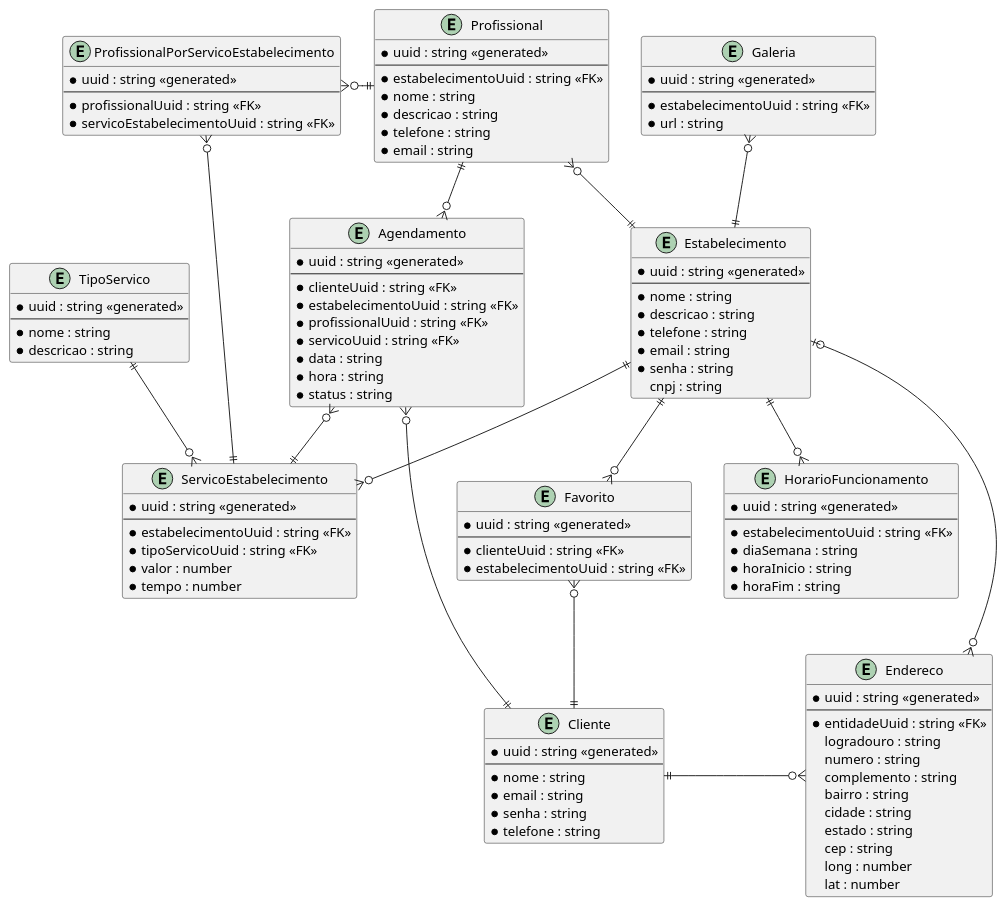
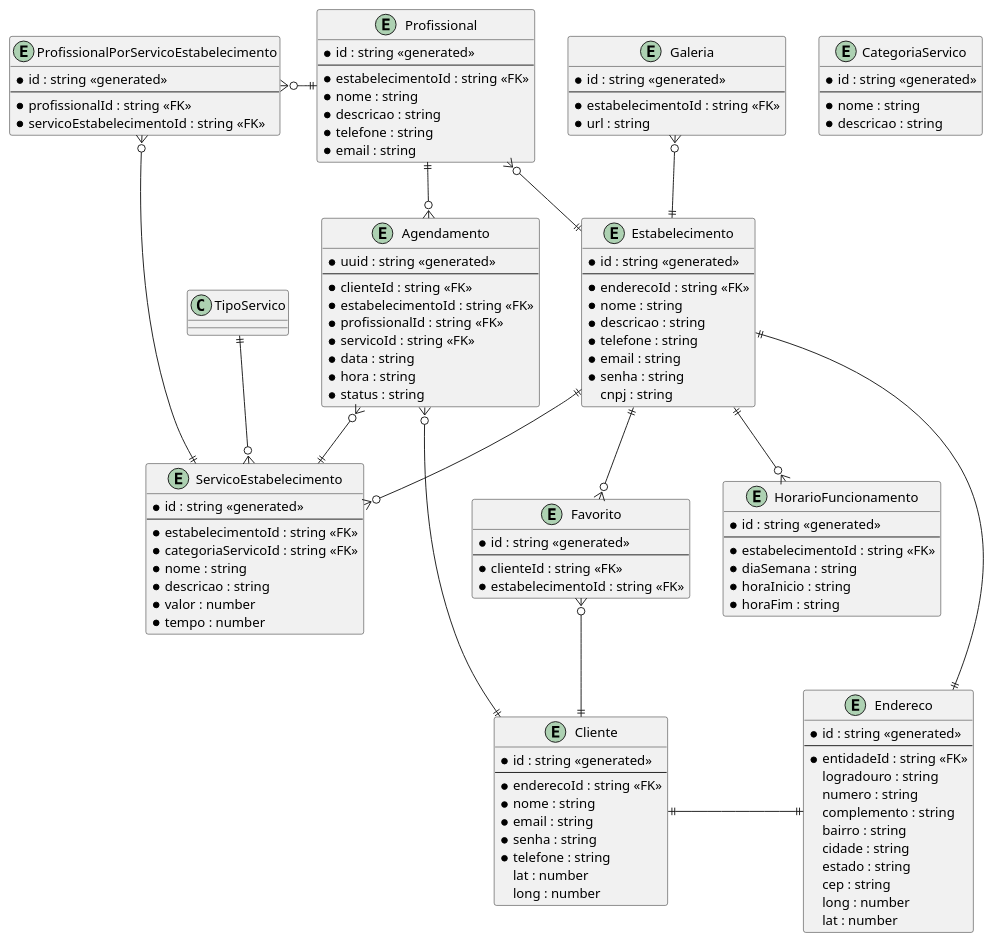
Before and after one commit to RenanLira-Aluno/projetoIntegrador-2: the diagram in modeloDeDados/modeloBD.puml, drawn with PlantUML. The commit also changed 1 other file, not shown here.

```diff
--- a/modeloDeDados/modeloBD.puml
+++ b/modeloDeDados/modeloBD.puml
@@ -1,124 +1,130 @@
 @startuml BeatyOn
 
 
 entity Cliente {
-    *uuid : string <<generated>>
+    *id : string <<generated>>
     --
+    *enderecoId : string <<FK>>
     *nome : string
     *email : string
     *senha : string
     *telefone : string
+    lat : number
+    long : number
 }
 
 entity Endereco {
-    *uuid : string <<generated>>
+    *id : string <<generated>>
     --
-    *entidadeUuid : string <<FK>>
+    *entidadeId : string <<FK>>
     logradouro : string
     numero : string
     complemento : string
     bairro : string
     cidade : string
     estado : string
     cep : string
     long : number
     lat : number
 }
 
 entity Estabelecimento {
-    *uuid : string <<generated>>
+    *id : string <<generated>>
     --
+    *enderecoId : string <<FK>>
     *nome : string
     *descricao : string
     *telefone : string
     *email : string
     *senha : string
     cnpj : string
 }
 
-entity TipoServico{
-    *uuid : string <<generated>>
+entity CategoriaServico{
+    *id : string <<generated>>
     --
     *nome : string
     *descricao : string
 }
 
 entity ServicoEstabelecimento{
-    *uuid : string <<generated>>
+    *id : string <<generated>>
     --
-    *estabelecimentoUuid : string <<FK>>
-    *tipoServicoUuid : string <<FK>>
+    *estabelecimentoId : string <<FK>>
+    *categoriaServicoId : string <<FK>>
+    *nome : string
+    *descricao : string
     *valor : number
     *tempo : number
 }
 
 entity Agendamento{
     *uuid : string <<generated>>
     --
-    *clienteUuid : string <<FK>>
-    *estabelecimentoUuid : string <<FK>>
-    *profissionalUuid : string <<FK>>
-    *servicoUuid : string <<FK>>
+    *clienteId : string <<FK>>
+    *estabelecimentoId : string <<FK>>
+    *profissionalId : string <<FK>>
+    *servicoId : string <<FK>>
     *data : string
     *hora : string
     *status : string
 }
 
 entity HorarioFuncionamento{
-    *uuid : string <<generated>>
+    *id : string <<generated>>
     --
-    *estabelecimentoUuid : string <<FK>>
+    *estabelecimentoId : string <<FK>>
     *diaSemana : string
     *horaInicio : string
     *horaFim : string
 }
 
 entity Profissional{
-    *uuid : string <<generated>>
+    *id : string <<generated>>
     --
-    *estabelecimentoUuid : string <<FK>>
+    *estabelecimentoId : string <<FK>>
     *nome : string
     *descricao : string
     *telefone : string
     *email : string
 }
 
 entity ProfissionalPorServicoEstabelecimento{
-    *uuid : string <<generated>>
+    *id : string <<generated>>
     --
-    *profissionalUuid : string <<FK>>
-    *servicoEstabelecimentoUuid : string <<FK>>
+    *profissionalId : string <<FK>>
+    *servicoEstabelecimentoId : string <<FK>>
 }
 
 entity Favorito{
-    *uuid : string <<generated>>
+    *id : string <<generated>>
     --
-    *clienteUuid : string <<FK>>
-    *estabelecimentoUuid : string <<FK>>
+    *clienteId : string <<FK>>
+    *estabelecimentoId : string <<FK>>
 }
 
 entity Galeria {
-    *uuid : string <<generated>>
+    *id : string <<generated>>
     --
-    *estabelecimentoUuid : string <<FK>>
+    *estabelecimentoId : string <<FK>>
     *url : string
 }
 
 Cliente ||-up-o{ Favorito
 Estabelecimento ||-down-o{ Favorito
 Estabelecimento ||-up-o{ Galeria
 Agendamento }o-up-|| Profissional
 Agendamento }o--|| ServicoEstabelecimento
 Agendamento }o--|| Cliente
-Estabelecimento |o-down-o{ Endereco
+Estabelecimento ||-down-|| Endereco
 Estabelecimento ||-up-o{ Profissional
 Estabelecimento ||--o{ ServicoEstabelecimento
 
-Cliente ||-right-o{ Endereco
+Cliente ||-right-|| Endereco
 TipoServico ||--o{ ServicoEstabelecimento
 Estabelecimento ||--o{ HorarioFuncionamento
 Profissional ||-left-o{ ProfissionalPorServicoEstabelecimento
 ServicoEstabelecimento ||--o{ ProfissionalPorServicoEstabelecimento
 
 
 @enduml
```
